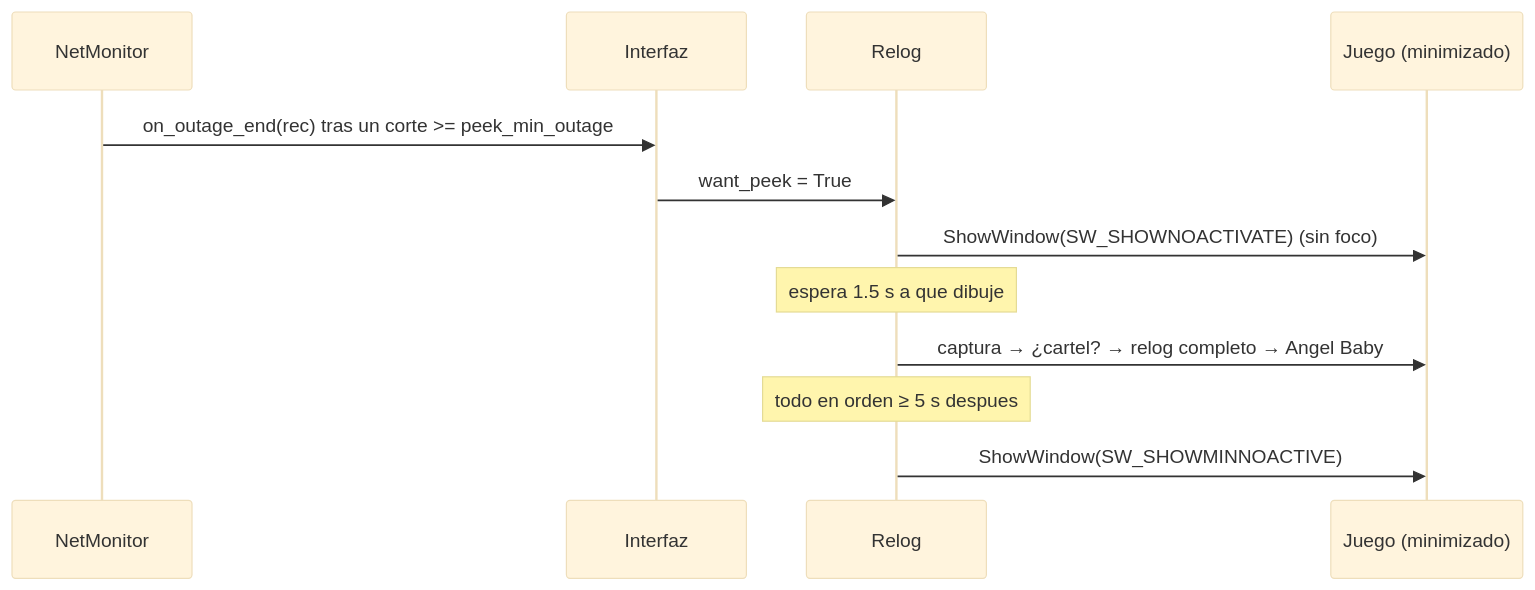
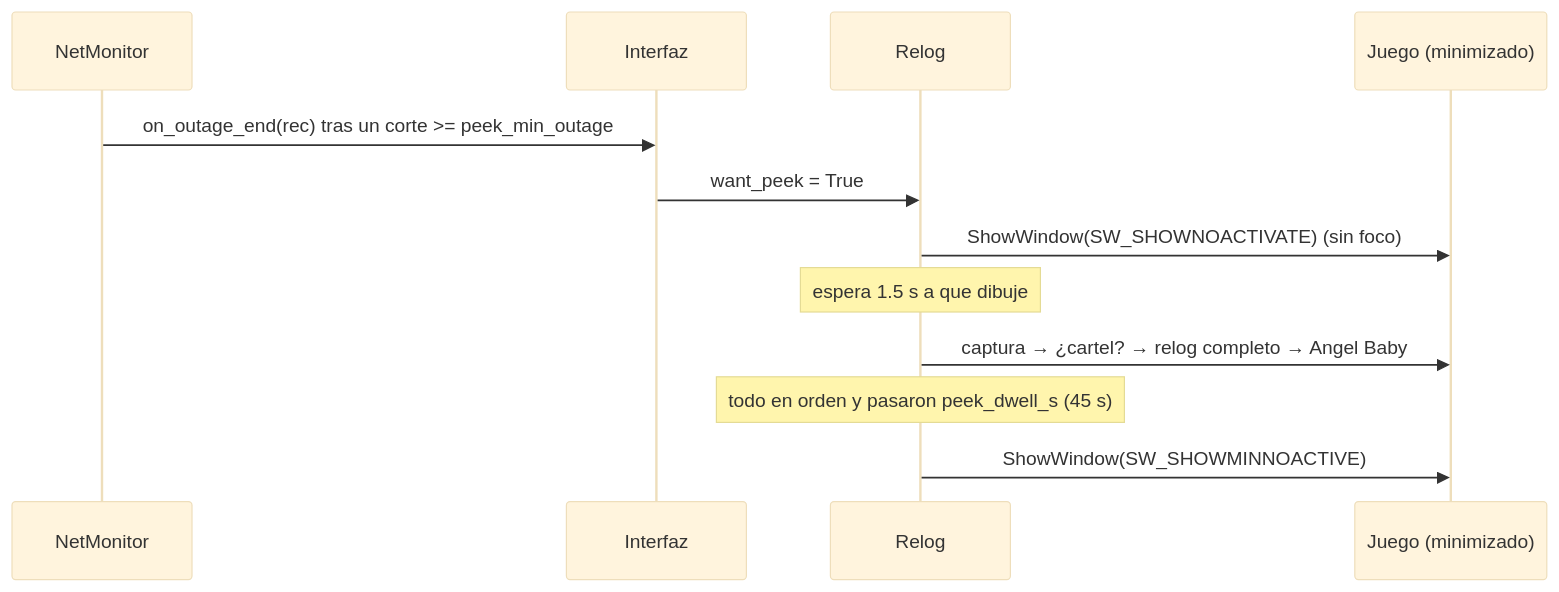
The fourth of 4 diagrams in docs/FUNCIONAMIENTO.md (joacoz29/AOGAutoRelog), drawn with Mermaid (base theme) before and after one commit. The commit also changed other lines of this file and 30 other files, not shown here.

````diff
--- a/docs/FUNCIONAMIENTO.md
+++ b/docs/FUNCIONAMIENTO.md
@@ -120,15 +134,15 @@
 ```mermaid
 sequenceDiagram
     participant N as NetMonitor
     participant U as Interfaz
     participant R as Relog
     participant G as Juego (minimizado)
 
     N->>U: on_outage_end(rec) tras un corte >= peek_min_outage
     U->>R: want_peek = True
     R->>G: ShowWindow(SW_SHOWNOACTIVATE)  (sin foco)
     Note over R: espera 1.5 s a que dibuje
     R->>G: captura → ¿cartel? → relog completo → Angel Baby
-    Note over R: todo en orden ≥ 5 s despues
+    Note over R: todo en orden y pasaron peek_dwell_s (45 s)
     R->>G: ShowWindow(SW_SHOWMINNOACTIVE)
 ```
````
